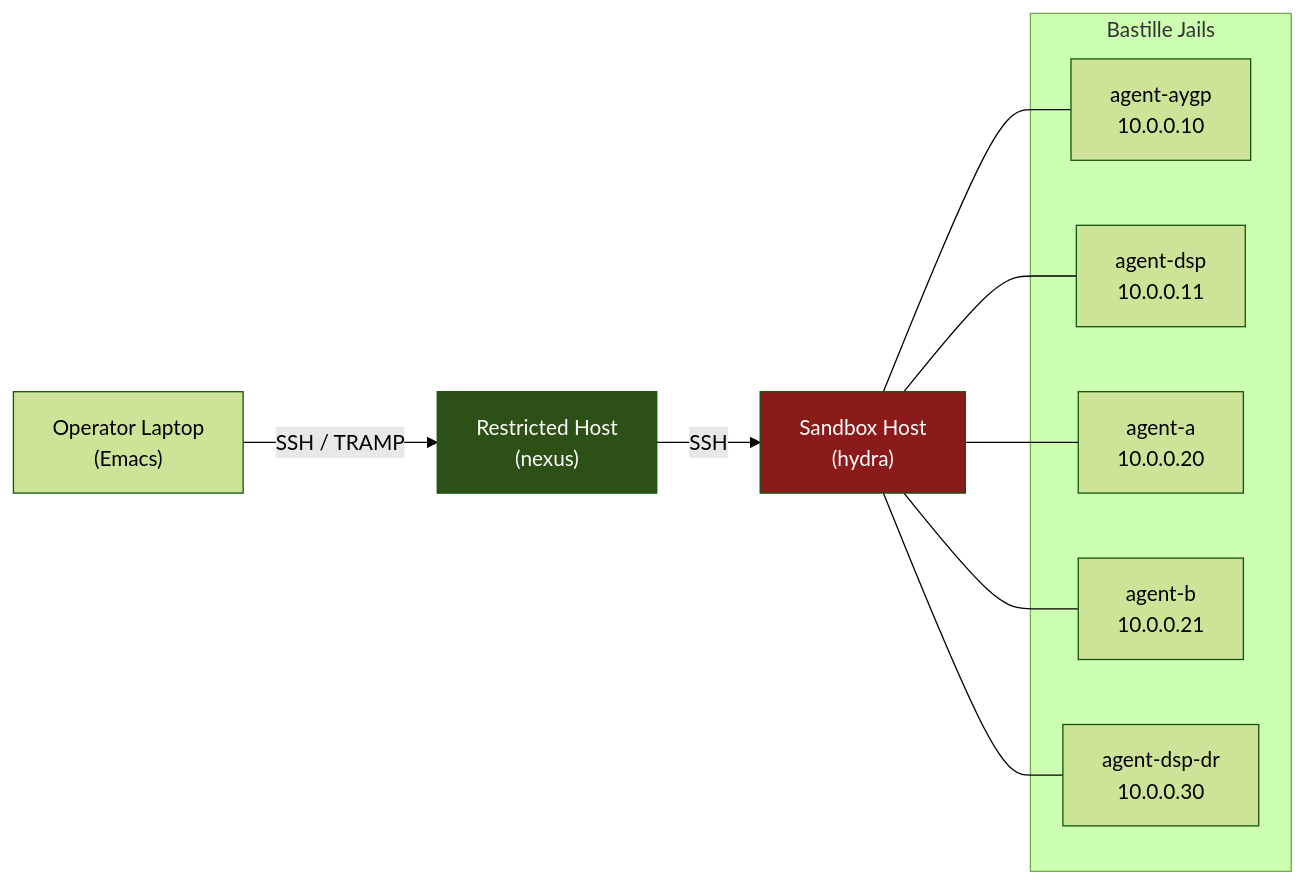
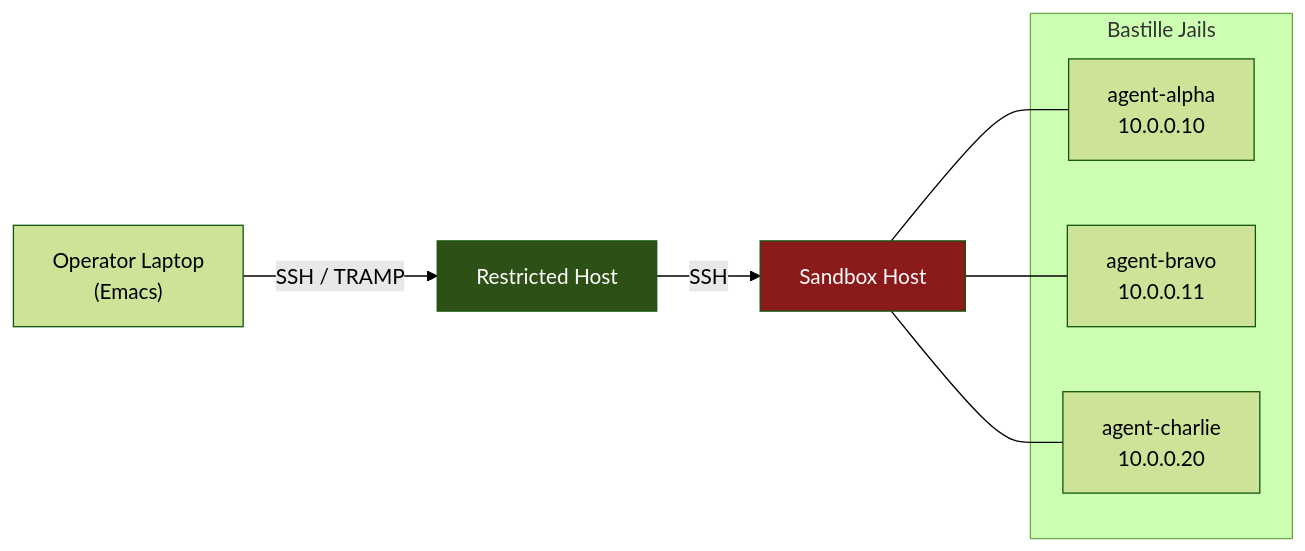
One commit to aygp-dr/tramp-workshop changed the first of 2 diagrams in README.org. Above: the diagram before and after it, drawn with Mermaid (forest theme). The commit also changed other lines of this file, not shown here.

First line of the commit message:
docs: generalize README with operator/restricted/sandbox terminology

```diff
--- a/README.org
+++ b/README.org
@@ -17,25 +17,21 @@
 #+begin_src mermaid
 graph LR
     laptop["Operator Laptop<br/>(Emacs)"]
-    restricted["Restricted Host<br/>(nexus)"]
-    sandbox["Sandbox Host<br/>(hydra)"]
+    restricted["Restricted Host"]
+    sandbox["Sandbox Host"]
 
     subgraph Jails["Bastille Jails"]
-        j1["agent-aygp<br/>10.0.0.10"]
-        j2["agent-dsp<br/>10.0.0.11"]
-        j3["agent-a<br/>10.0.0.20"]
-        j4["agent-b<br/>10.0.0.21"]
-        j5["agent-dsp-dr<br/>10.0.0.30"]
+        j1["agent-alpha<br/>10.0.0.10"]
+        j2["agent-bravo<br/>10.0.0.11"]
+        j3["agent-charlie<br/>10.0.0.20"]
     end
 
     laptop -->|"SSH / TRAMP"| restricted
     restricted -->|"SSH"| sandbox
     sandbox --- j1
     sandbox --- j2
     sandbox --- j3
-    sandbox --- j4
-    sandbox --- j5
 
     style restricted fill:#2d5016,color:#fff
     style sandbox fill:#8b1a1a,color:#fff
 #+end_src
```
